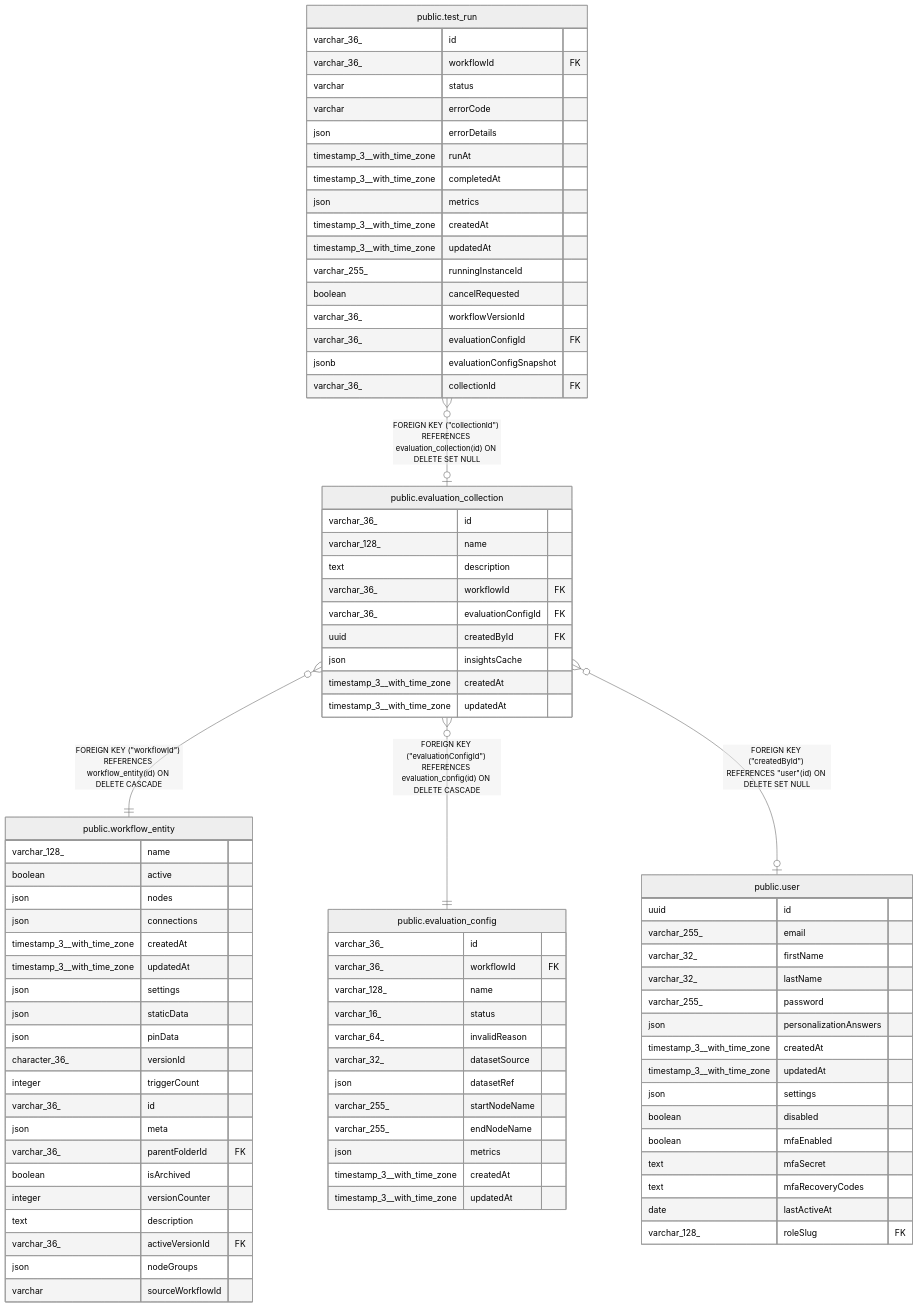
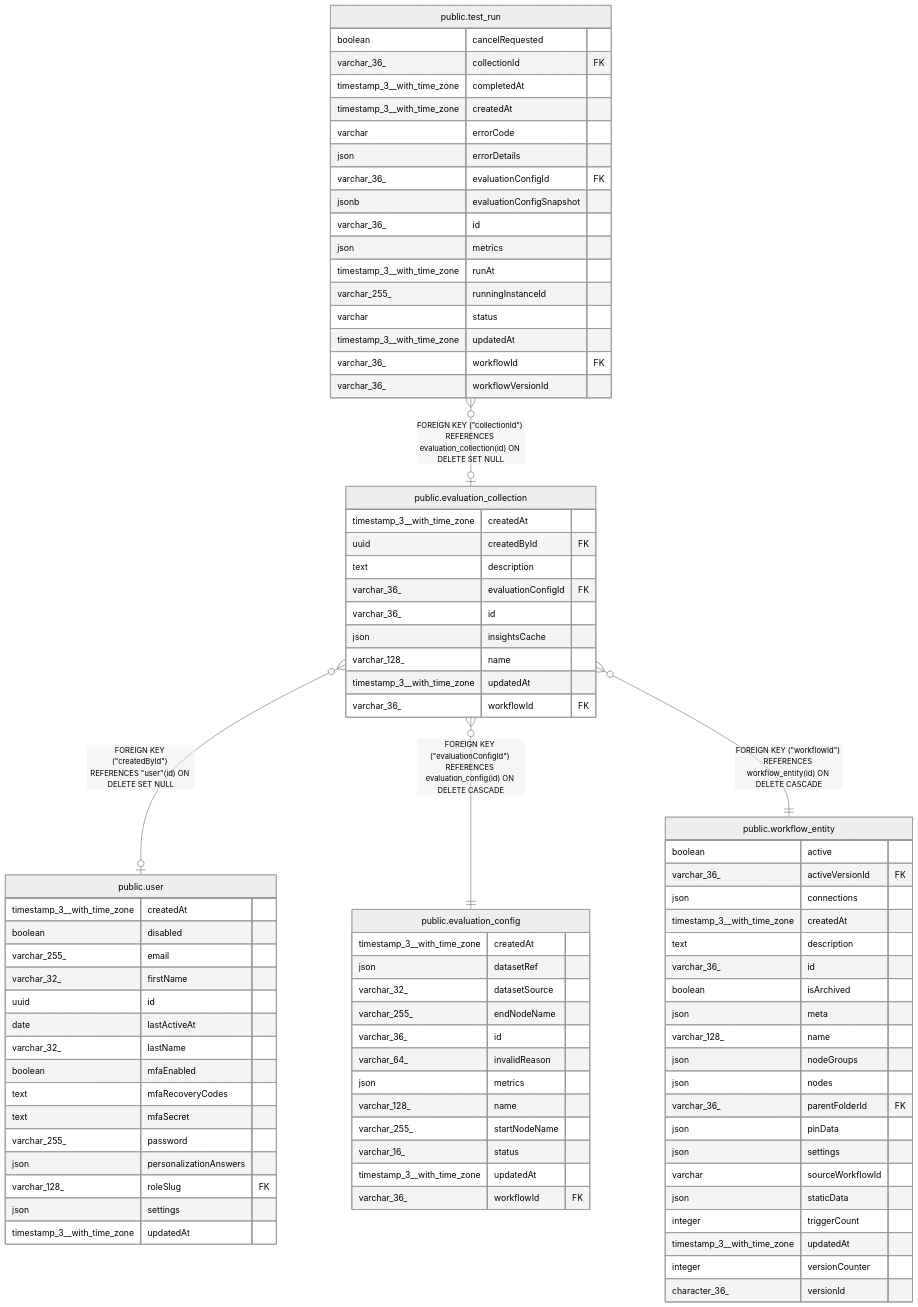
One commit to mayankjain1815-commits/n8n changed the diagram in docs/generated/postgres-schema/public.evaluation_collection.md. Above: the diagram before and after it, drawn with Mermaid (neutral theme). The commit also changed other lines of this file and 221 other files, not shown here.

Commit message:
chore(core): Make DB schema docs generation deterministic (#32373)

````diff
--- a/docs/generated/postgres-schema/public.evaluation_collection.md
+++ b/docs/generated/postgres-schema/public.evaluation_collection.md
@@ -42,91 +42,91 @@
 ```mermaid
 erDiagram
 
+"public.evaluation_collection" }o--o| "public.user" : "FOREIGN KEY (#quot;createdById#quot;) REFERENCES #quot;user#quot;(id) ON DELETE SET NULL"
+"public.evaluation_collection" }o--|| "public.evaluation_config" : "FOREIGN KEY (#quot;evaluationConfigId#quot;) REFERENCES evaluation_config(id) ON DELETE CASCADE"
 "public.test_run" }o--o| "public.evaluation_collection" : "FOREIGN KEY (#quot;collectionId#quot;) REFERENCES evaluation_collection(id) ON DELETE SET NULL"
 "public.evaluation_collection" }o--|| "public.workflow_entity" : "FOREIGN KEY (#quot;workflowId#quot;) REFERENCES workflow_entity(id) ON DELETE CASCADE"
-"public.evaluation_collection" }o--|| "public.evaluation_config" : "FOREIGN KEY (#quot;evaluationConfigId#quot;) REFERENCES evaluation_config(id) ON DELETE CASCADE"
-"public.evaluation_collection" }o--o| "public.user" : "FOREIGN KEY (#quot;createdById#quot;) REFERENCES #quot;user#quot;(id) ON DELETE SET NULL"
 
 "public.evaluation_collection" {
+  timestamp_3__with_time_zone createdAt
+  uuid createdById FK
+  text description
+  varchar_36_ evaluationConfigId FK
   varchar_36_ id
+  json insightsCache
   varchar_128_ name
-  text description
+  timestamp_3__with_time_zone updatedAt
   varchar_36_ workflowId FK
-  varchar_36_ evaluationConfigId FK
-  uuid createdById FK
-  json insightsCache
+}
+"public.user" {
   timestamp_3__with_time_zone createdAt
+  boolean disabled
+  varchar_255_ email
+  varchar_32_ firstName
+  uuid id
+  date lastActiveAt
+  varchar_32_ lastName
+  boolean mfaEnabled
+  text mfaRecoveryCodes
+  text mfaSecret
+  varchar_255_ password
+  json personalizationAnswers
+  varchar_128_ roleSlug FK
+  json settings
   timestamp_3__with_time_zone updatedAt
 }
+"public.evaluation_config" {
+  timestamp_3__with_time_zone createdAt
+  json datasetRef
+  varchar_32_ datasetSource
+  varchar_255_ endNodeName
+  varchar_36_ id
+  varchar_64_ invalidReason
+  json metrics
+  varchar_128_ name
+  varchar_255_ startNodeName
+  varchar_16_ status
+  timestamp_3__with_time_zone updatedAt
+  varchar_36_ workflowId FK
+}
 "public.test_run" {
-  varchar_36_ id
-  varchar_36_ workflowId FK
-  varchar status
+  boolean cancelRequested
+  varchar_36_ collectionId FK
+  timestamp_3__with_time_zone completedAt
+  timestamp_3__with_time_zone createdAt
   varchar errorCode
   json errorDetails
-  timestamp_3__with_time_zone runAt
-  timestamp_3__with_time_zone completedAt
-  json metrics
-  timestamp_3__with_time_zone createdAt
-  timestamp_3__with_time_zone updatedAt
-  varchar_255_ runningInstanceId
-  boolean cancelRequested
-  varchar_36_ workflowVersionId
   varchar_36_ evaluationConfigId FK
   jsonb evaluationConfigSnapshot
-  varchar_36_ collectionId FK
+  varchar_36_ id
+  json metrics
+  timestamp_3__with_time_zone runAt
+  varchar_255_ runningInstanceId
+  varchar status
+  timestamp_3__with_time_zone updatedAt
+  varchar_36_ workflowId FK
+  varchar_36_ workflowVersionId
 }
 "public.workflow_entity" {
-  varchar_128_ name
   boolean active
-  json nodes
+  varchar_36_ activeVersionId FK
   json connections
   timestamp_3__with_time_zone createdAt
+  text description
+  varchar_36_ id
+  boolean isArchived
+  json meta
+  varchar_128_ name
+  json nodeGroups
+  json nodes
+  varchar_36_ parentFolderId FK
+  json pinData
+  json settings
+  varchar sourceWorkflowId
+  json staticData
+  integer triggerCount
   timestamp_3__with_time_zone updatedAt
-  json settings
-  json staticData
-  json pinData
+  integer versionCounter
   character_36_ versionId
-  integer triggerCount
-  varchar_36_ id
-  json meta
-  varchar_36_ parentFolderId FK
-  boolean isArchived
-  integer versionCounter
-  text description
-  varchar_36_ activeVersionId FK
-  json nodeGroups
-  varchar sourceWorkflowId
-}
-"public.evaluation_config" {
-  varchar_36_ id
-  varchar_36_ workflowId FK
-  varchar_128_ name
-  varchar_16_ status
-  varchar_64_ invalidReason
-  varchar_32_ datasetSource
-  json datasetRef
-  varchar_255_ startNodeName
-  varchar_255_ endNodeName
-  json metrics
-  timestamp_3__with_time_zone createdAt
-  timestamp_3__with_time_zone updatedAt
-}
-"public.user" {
-  uuid id
-  varchar_255_ email
-  varchar_32_ firstName
-  varchar_32_ lastName
-  varchar_255_ password
-  json personalizationAnswers
-  timestamp_3__with_time_zone createdAt
-  timestamp_3__with_time_zone updatedAt
-  json settings
-  boolean disabled
-  boolean mfaEnabled
-  text mfaSecret
-  text mfaRecoveryCodes
-  date lastActiveAt
-  varchar_128_ roleSlug FK
 }
 ```
````
